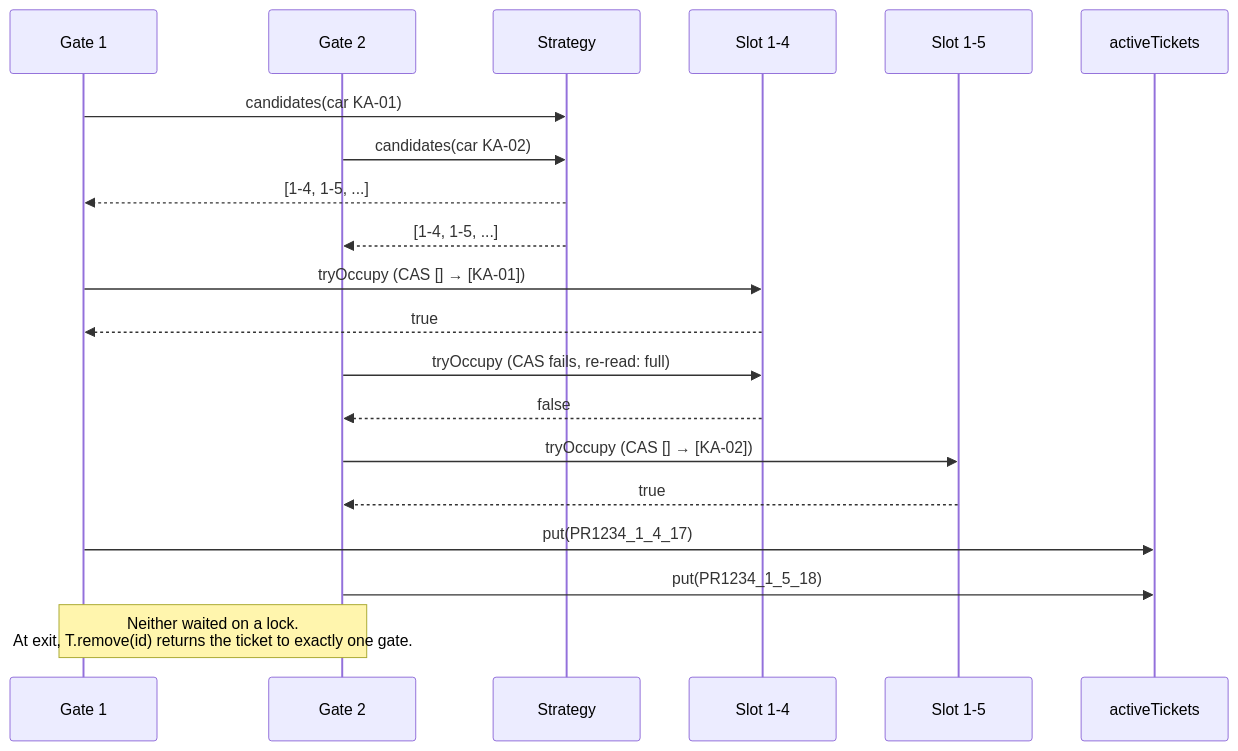
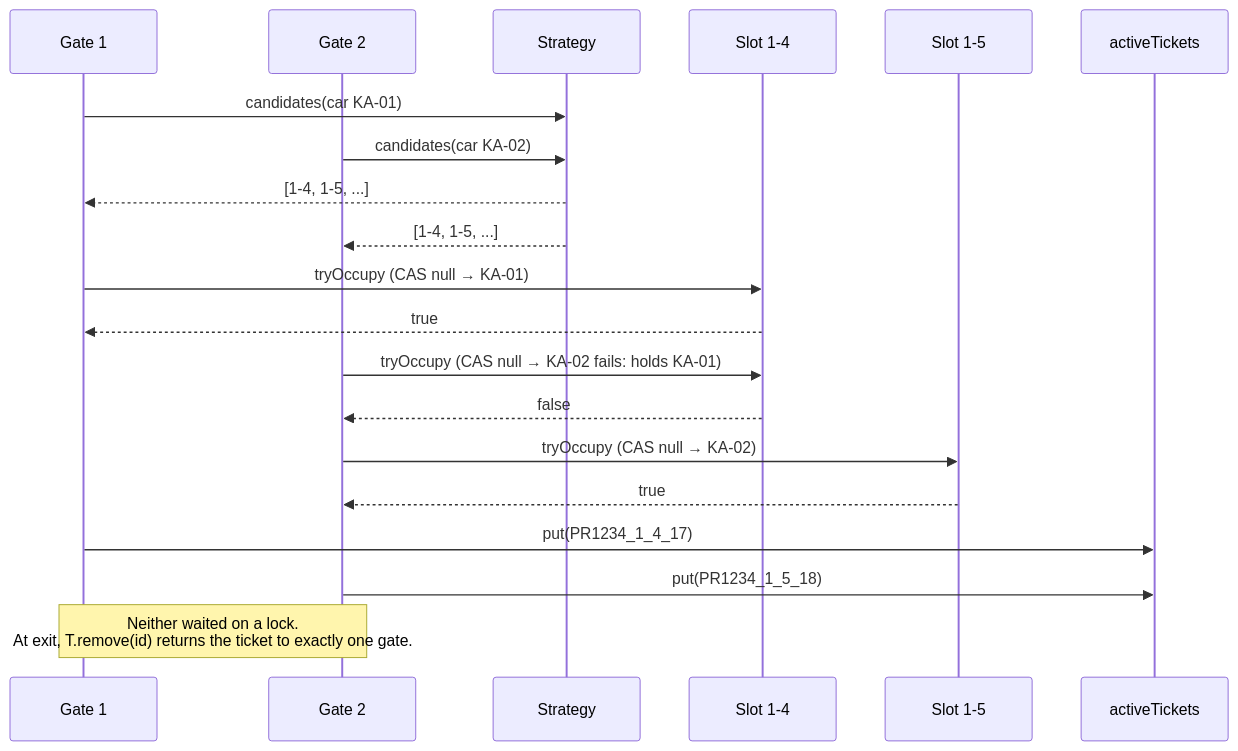
The fourth of 7 diagrams in LLD/Problems/01 - Parking Lot.md (zekkrron/cs-knowledge-base), drawn with Mermaid before and after one commit. The commit also changed other lines of this file and 2 other files, not shown here.

Commit message:
LLD Parking Lot: E2 shows single-vehicle CAS, occupants list moves to E3; delta-per-extension rule

````diff
--- a/LLD/Problems/01 - Parking Lot.md
+++ b/LLD/Problems/01 - Parking Lot.md
@@ -343,22 +358,22 @@
 ```mermaid
 sequenceDiagram
     participant G1 as Gate 1
     participant G2 as Gate 2
     participant S as Strategy
     participant A as Slot 1-4
     participant B as Slot 1-5
     participant T as activeTickets
     G1->>S: candidates(car KA-01)
     G2->>S: candidates(car KA-02)
     S-->>G1: [1-4, 1-5, ...]
     S-->>G2: [1-4, 1-5, ...]
-    G1->>A: tryOccupy (CAS [] → [KA-01])
+    G1->>A: tryOccupy (CAS null → KA-01)
     A-->>G1: true
-    G2->>A: tryOccupy (CAS fails, re-read: full)
+    G2->>A: tryOccupy (CAS null → KA-02 fails: holds KA-01)
     A-->>G2: false
-    G2->>B: tryOccupy (CAS [] → [KA-02])
+    G2->>B: tryOccupy (CAS null → KA-02)
     B-->>G2: true
     G1->>T: put(PR1234_1_4_17)
     G2->>T: put(PR1234_1_5_18)
     Note over G1,G2: Neither waited on a lock.<br/>At exit, T.remove(id) returns the ticket to exactly one gate.
 ```
````
